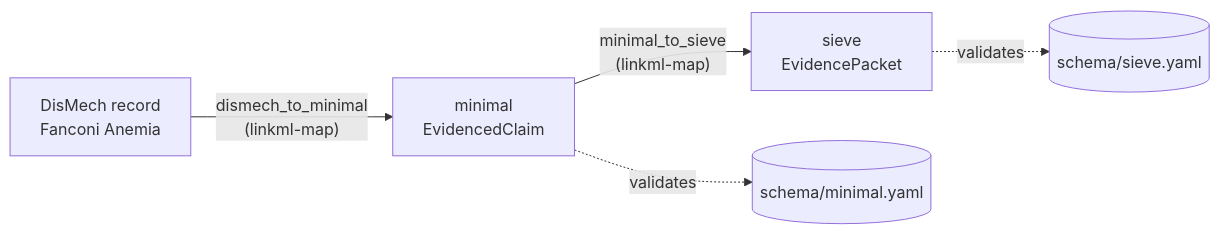
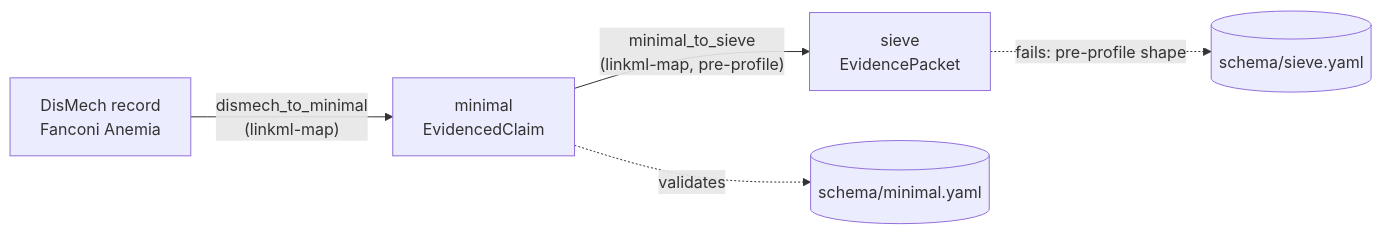
The second of 2 diagrams in docs/monarch-evidence.md (matentzn/sieve), drawn with Mermaid before and after one commit. The commit also changed other lines of this file and 10 other files, not shown here.

Commit message:
Rewrite the docs for the SIEVE SEPIO profile

````diff
--- a/docs/monarch-evidence.md
+++ b/docs/monarch-evidence.md
@@ -58,7 +60,7 @@
 ```mermaid
 flowchart LR
     DM[DisMech record<br/>Fanconi Anemia] -->|"dismech_to_minimal<br/>(linkml-map)"| MIN[minimal<br/>EvidencedClaim]
-    MIN -->|"minimal_to_sieve<br/>(linkml-map)"| SV[sieve<br/>EvidencePacket]
+    MIN -->|"minimal_to_sieve<br/>(linkml-map, pre-profile)"| SV[sieve<br/>EvidencePacket]
     MIN -. validates .-> MS[(schema/minimal.yaml)]
-    SV -. validates .-> SS[(schema/sieve.yaml)]
+    SV -. "fails: pre-profile shape" .-> SS[(schema/sieve.yaml)]
 ```
````
